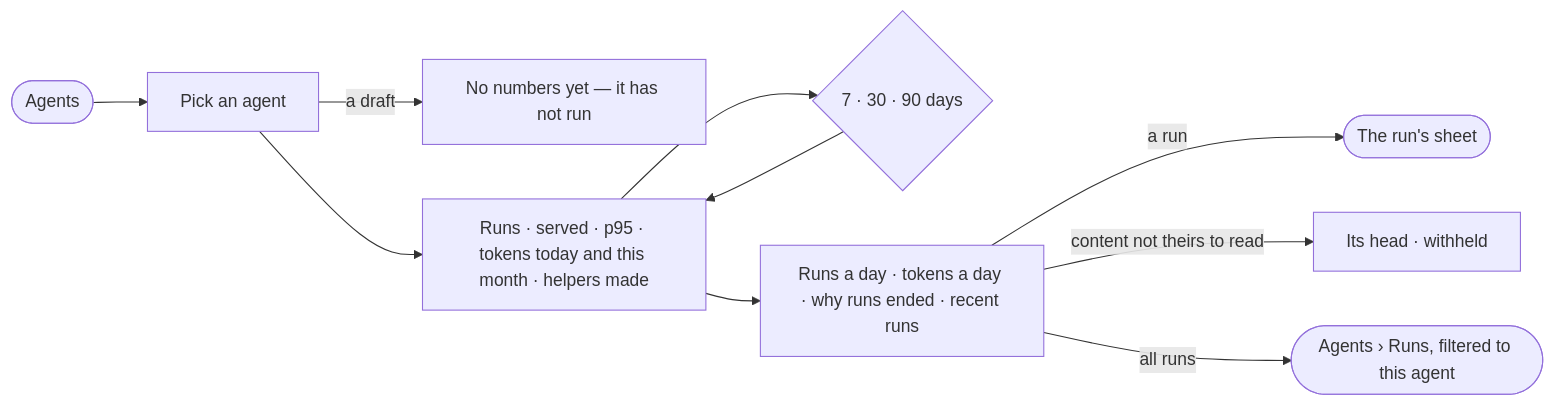
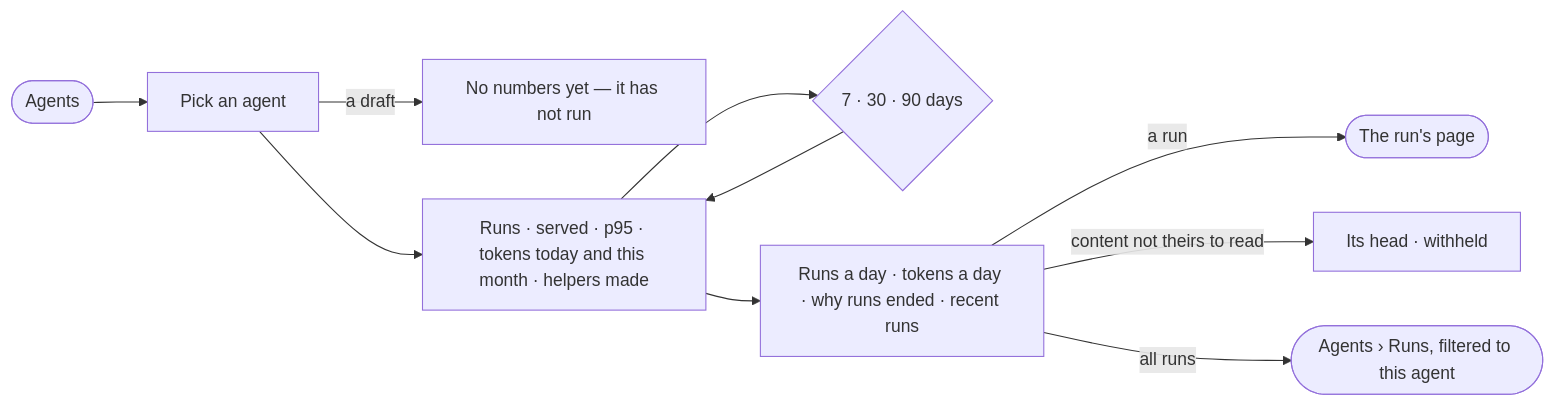
One commit to invana/invana changed the diagram in specs/os/control/features/CP-F10-runs-and-how-the-agents-are-doing/stories/CP-49-read-how-one-agent-is-doing/story.md. Above: the diagram before and after it, drawn with Mermaid. The commit also changed other lines of this file and 133 other files, not shown here.

````diff
--- a/specs/os/control/features/CP-F10-runs-and-how-the-agents-are-doing/stories/CP-49-read-how-one-agent-is-doing/story.md
+++ b/specs/os/control/features/CP-F10-runs-and-how-the-agents-are-doing/stories/CP-49-read-how-one-agent-is-doing/story.md
@@ -27,12 +27,12 @@
 ```mermaid
 flowchart LR
   a([Agents]) --> p["Pick an agent"]
   p -->|a draft| d["No numbers yet — it has not run"]
   p --> n["Runs · served · p95 · tokens today and this month · helpers made"]
   n --> w{"7 · 30 · 90 days"}
   w --> n
   n --> r["Runs a day · tokens a day · why runs ended · recent runs"]
-  r -->|a run| s(["The run's sheet"])
+  r -->|a run| s(["The run's page"])
   r -->|content not theirs to read| x["Its head · withheld"]
   r -->|all runs| l(["Agents › Runs, filtered to this agent"])
 ```
````
